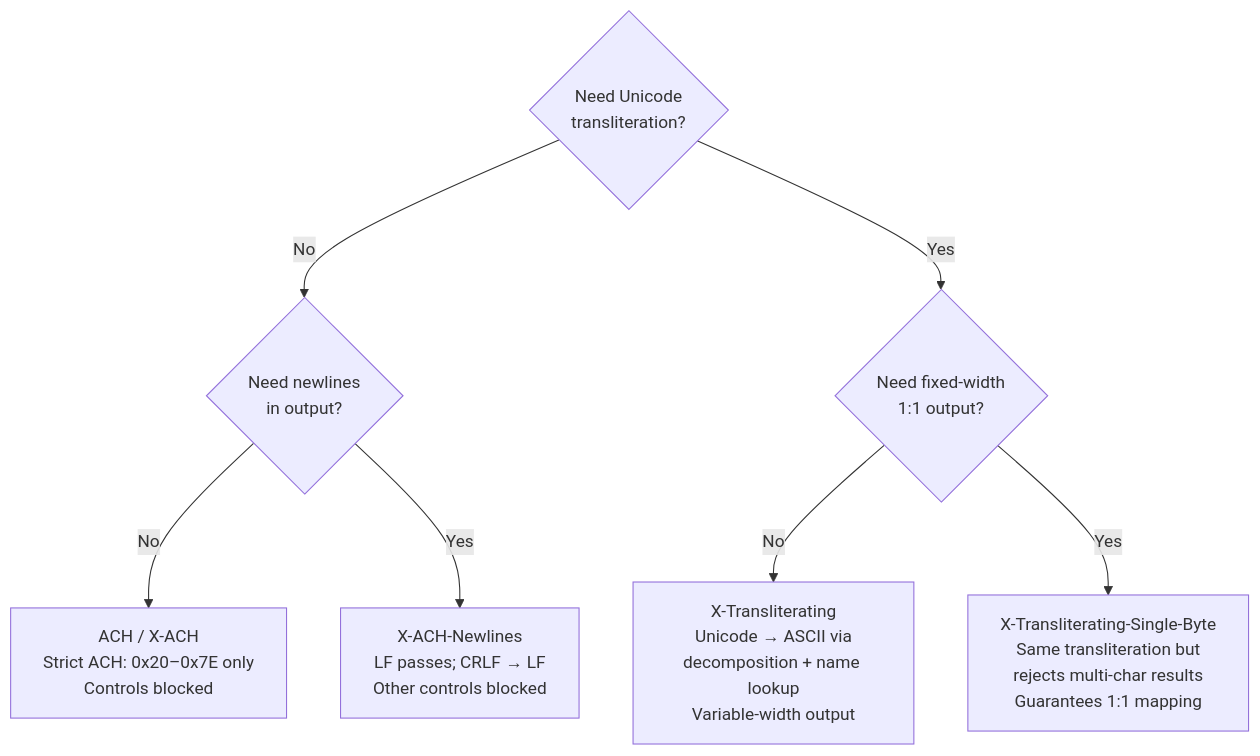
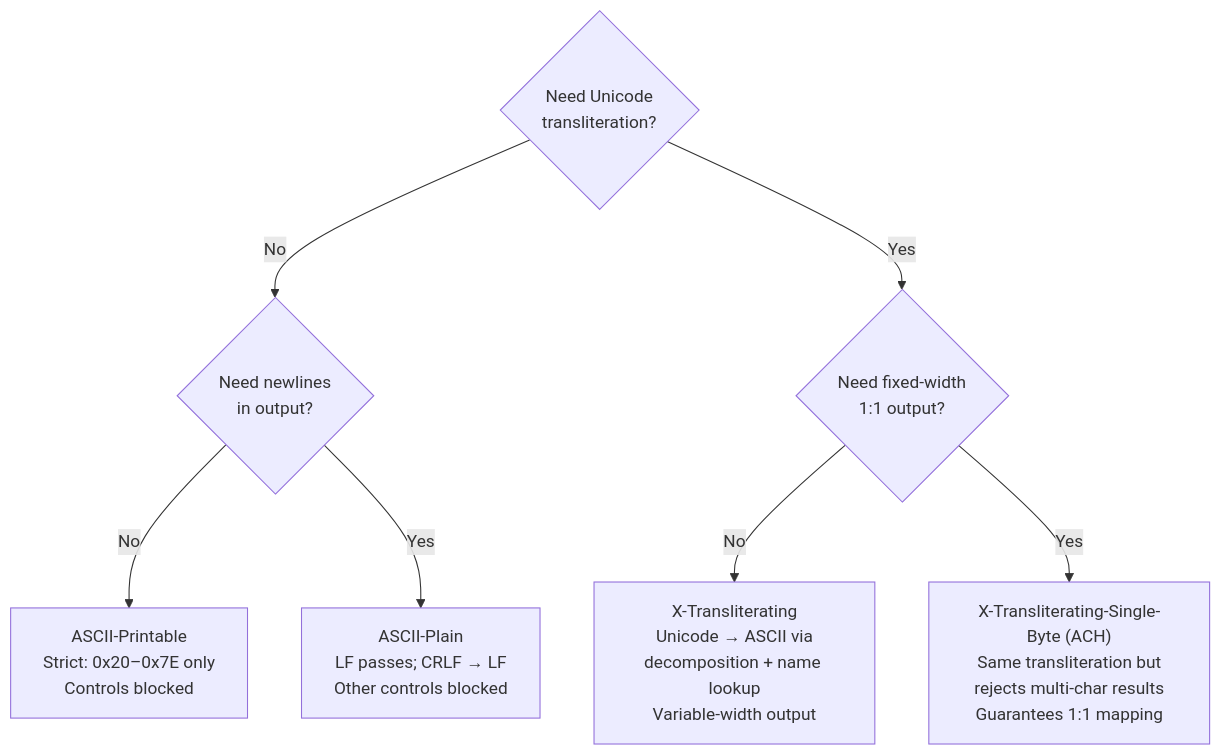
The first of 3 diagrams in README.md (bhanafee/ASCIISafeCharsets), drawn with Mermaid before and after one commit. The commit also changed other lines of this file and 22 other files, not shown here.

````diff
--- a/README.md
+++ b/README.md
@@ -77,10 +78,10 @@
 ```mermaid
 flowchart TD
     Q1{"Need Unicode\ntransliteration?"}
     Q1 -->|No| Q2{"Need newlines\nin output?"}
     Q1 -->|Yes| Q3{"Need fixed-width\n1:1 output?"}
-    Q2 -->|No| ACH["ACH / X-ACH\nStrict ACH: 0x20–0x7E only\nControls blocked"]
-    Q2 -->|Yes| ACHNL["X-ACH-Newlines\nLF passes; CRLF → LF\nOther controls blocked"]
+    Q2 -->|No| AP["ASCII-Printable\nStrict: 0x20–0x7E only\nControls blocked"]
+    Q2 -->|Yes| APL["ASCII-Plain\nLF passes; CRLF → LF\nOther controls blocked"]
     Q3 -->|No| XT["X-Transliterating\nUnicode → ASCII via\ndecomposition + name lookup\nVariable-width output"]
-    Q3 -->|Yes| XTSB["X-Transliterating-Single-Byte\nSame transliteration but\nrejects multi-char results\nGuarantees 1:1 mapping"]
+    Q3 -->|Yes| XTSB["X-Transliterating-Single-Byte (ACH)\nSame transliteration but\nrejects multi-char results\nGuarantees 1:1 mapping"]
 ```
````
